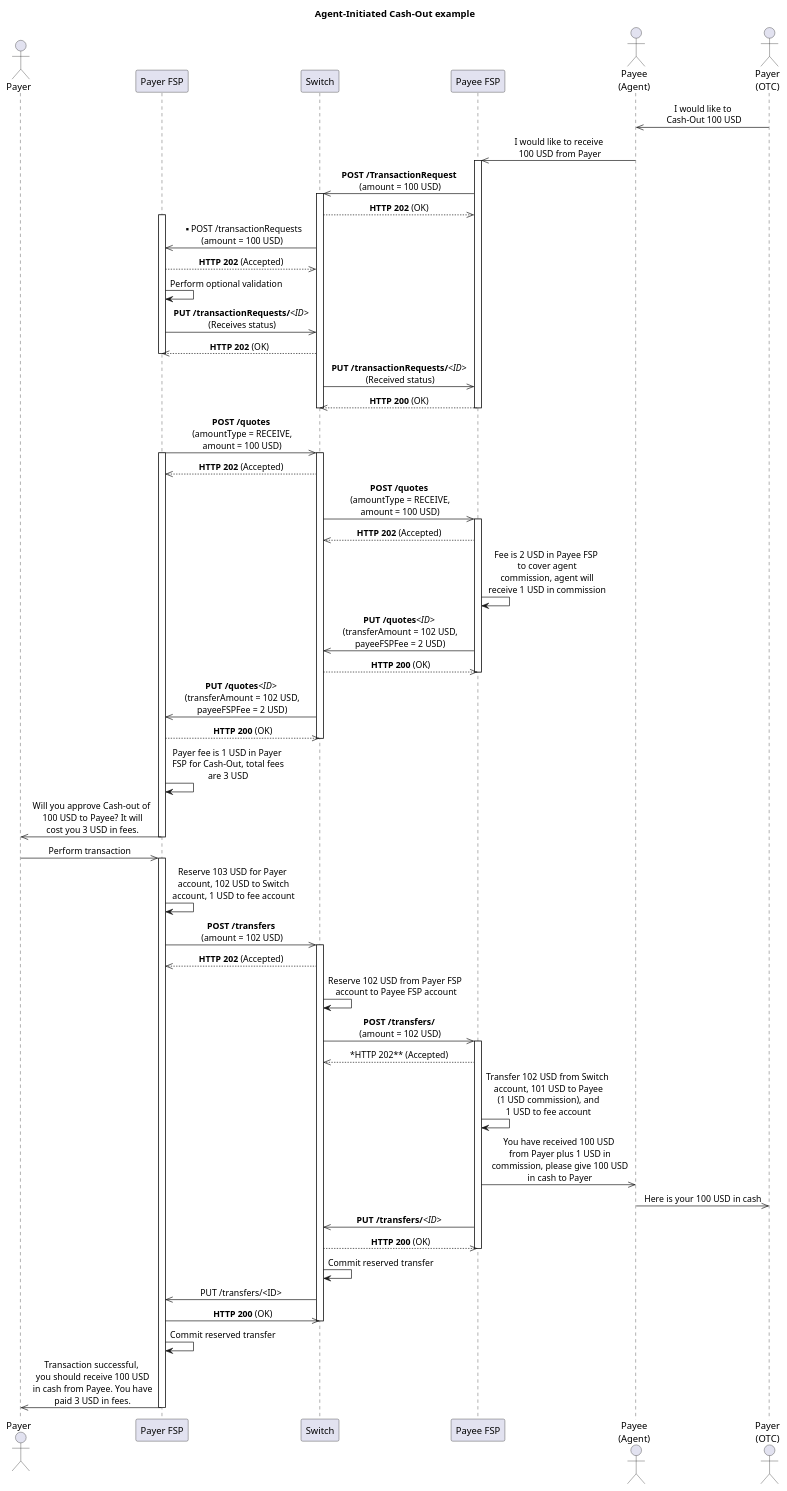
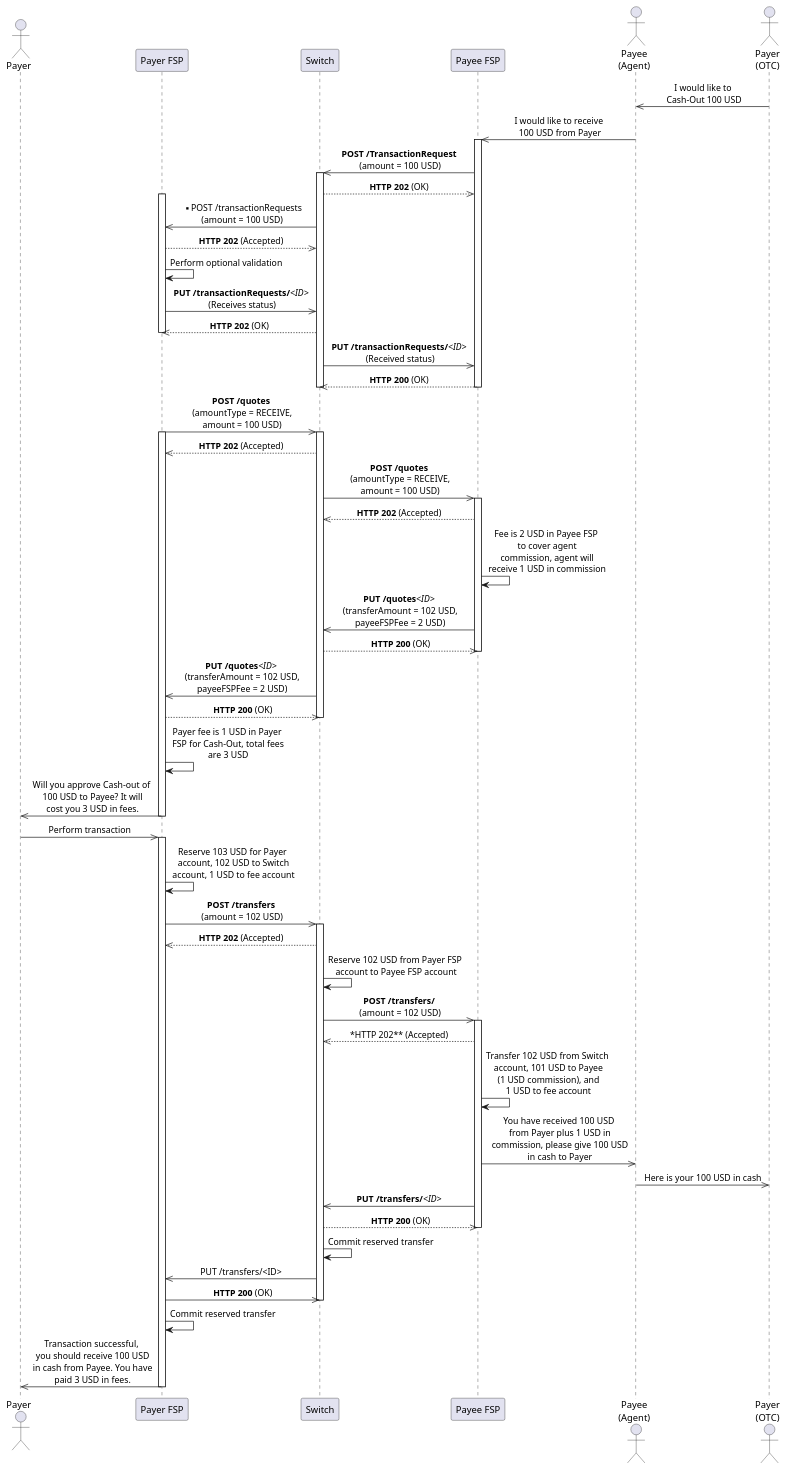
The diagram in assets/diagrams/sequence/figure30.plantuml (mojaloop/mojaloop-specification), drawn with PlantUML before and after one commit. The commit also changed 26 other files, not shown here.

Commit message:
Updates to .svg and .plantuml files.

```diff
--- a/assets/diagrams/sequence/figure30.plantuml
+++ b/assets/diagrams/sequence/figure30.plantuml
@@ -25,81 +25,81 @@
 @startuml
 ' declaring skinparam
 skinparam sequenceMessageAlign center
 
 ' declare title
-title Agent-Initiated Cash-Out example
+' title Agent-Initiated Cash-Out example
 
 ' Actor Keys:
 ' participant - FSP or Switch
 ' actor - Payee, Payer or Payer(OTC)
 
 ' declare actors
 actor "Payer" as Payer
 participant "Payer FSP" as PayerFSP
 participant "Switch" as SWITCH
 participant "Payee FSP" as PayeeFSP
 actor "Payee\n(Agent)" as Payee
 actor "Payer\n(OTC)" as PayerOTC
 
 ' start flow
 
 Payee <<- PayerOTC: I would like to\n Cash-Out 100 USD
 PayeeFSP <<- Payee: I would like to receive\n 100 USD from Payer
 activate PayeeFSP
 PayeeFSP ->> SWITCH: **POST /TransactionRequest**\n (amount = 100 USD)
 activate SWITCH
 PayeeFSP <<-- SWITCH: **HTTP 202** (OK)
 activate PayerFSP
 PayerFSP <<- SWITCH: **POST /transactionRequests\n (amount = 100 USD)
 PayerFSP -->> SWITCH: **HTTP 202** (Accepted)
 PayerFSP -> PayerFSP: Perform optional validation
 PayerFSP ->> SWITCH: **PUT /transactionRequests/**<i><ID></i>\n (Receives status)
 PayerFSP <<-- SWITCH: **HTTP 202** (OK)
 deactivate PayerFSP
 SWITCH ->> PayeeFSP: **PUT /transactionRequests/**<i><ID></i>\n (Received status)
 SWITCH <<-- PayeeFSP: **HTTP 200** (OK)
 deactivate SWITCH
 deactivate PayeeFSP
 PayerFSP ->> SWITCH: **POST /quotes**\n (amountType = RECEIVE,\n amount = 100 USD)
 activate PayerFSP
 activate SWITCH
 PayerFSP <<-- SWITCH: **HTTP 202** (Accepted)
 SWITCH ->> PayeeFSP: **POST /quotes**\n (amountType = RECEIVE,\n amount = 100 USD)
 activate PayeeFSP
 SWITCH <<-- PayeeFSP: **HTTP 202** (Accepted)
 PayeeFSP -> PayeeFSP: Fee is 2 USD in Payee FSP\n to cover agent\n commission, agent will\n receive 1 USD in commission
 SWITCH <<- PayeeFSP: **PUT /quotes**<i><ID></i>\n (transferAmount = 102 USD,\n payeeFSPFee = 2 USD)
 SWITCH -->> PayeeFSP: **HTTP 200** (OK)
 deactivate PayeeFSP
 SWITCH ->> PayerFSP: **PUT /quotes**<i><ID></i>\n (transferAmount = 102 USD,\n payeeFSPFee = 2 USD)
 SWITCH <<-- PayerFSP: **HTTP 200** (OK)
 deactivate SWITCH
 PayerFSP -> PayerFSP: Payer fee is 1 USD in Payer\n FSP for Cash-Out, total fees\n are 3 USD
 Payer <<- PayerFSP: Will you approve Cash-out of\n 100 USD to Payee? It will\n cost you 3 USD in fees.
 deactivate PayerFSP
 Payer ->> PayerFSP: Perform transaction
 activate PayerFSP
 PayerFSP -> PayerFSP: Reserve 103 USD for Payer\n account, 102 USD to Switch\n account, 1 USD to fee account
 PayerFSP ->> SWITCH: **POST /transfers**\n (amount = 102 USD)
 activate SWITCH
 PayerFSP <<-- SWITCH: **HTTP 202** (Accepted)
 SWITCH -> SWITCH: Reserve 102 USD from Payer FSP\n account to Payee FSP account
 SWITCH ->> PayeeFSP: **POST /transfers/**\n (amount = 102 USD)
 activate PayeeFSP
 SWITCH <<-- PayeeFSP: *HTTP 202** (Accepted)
 PayeeFSP -> PayeeFSP: Transfer 102 USD from Switch\n account, 101 USD to Payee\n (1 USD commission), and\n 1 USD to fee account
 PayeeFSP ->> Payee: You have received 100 USD\n from Payer plus 1 USD in\n commission, please give 100 USD\n in cash to Payer
 Payee ->> PayerOTC: Here is your 100 USD in cash
 SWITCH <<- PayeeFSP: **PUT /transfers/**<i><ID></i>
 SWITCH -->> PayeeFSP: **HTTP 200** (OK)
 deactivate PayeeFSP
 SWITCH -> SWITCH: Commit reserved transfer
 PayerFSP <<- SWITCH: PUT /transfers/<ID>
 PayerFSP ->> SWITCH: **HTTP 200** (OK)
 deactivate SWITCH
 PayerFSP -> PayerFSP: Commit reserved transfer
 Payer <<- PayerFSP: Transaction successful,\n you should receive 100 USD\n in cash from Payee. You have\n paid 3 USD in fees.
 
 
 deactivate PayerFSP
 @enduml
```
